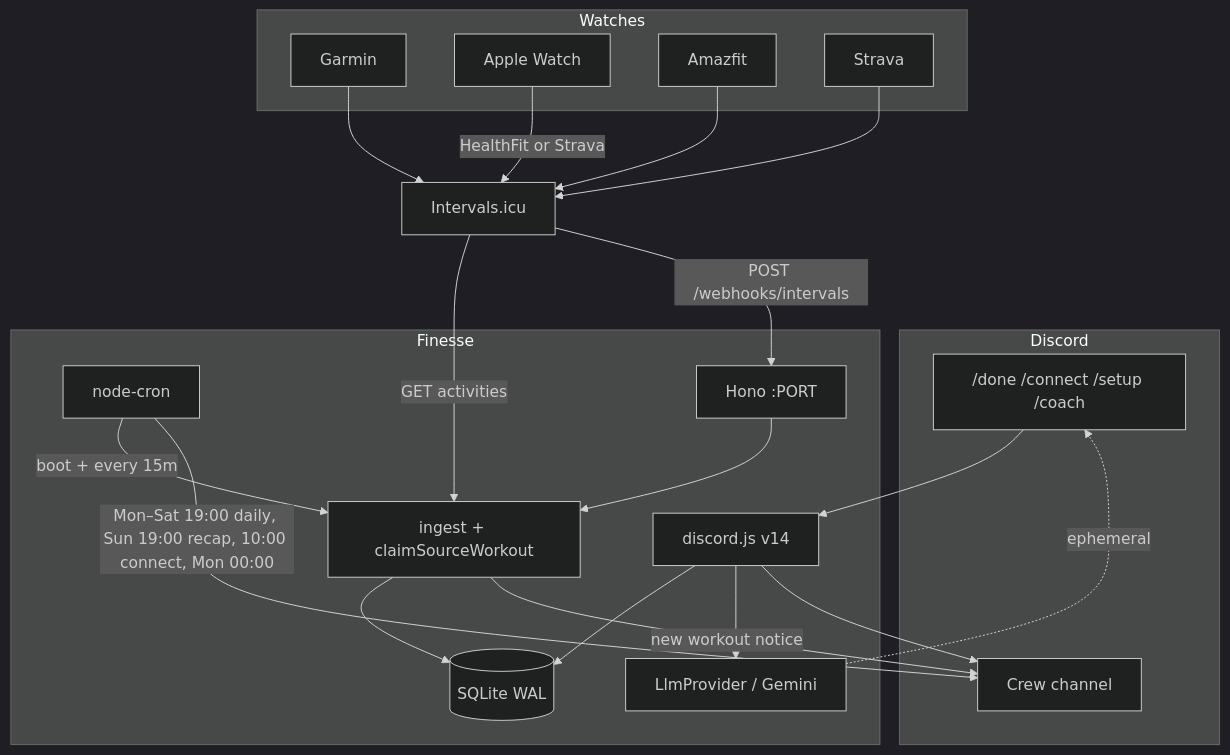
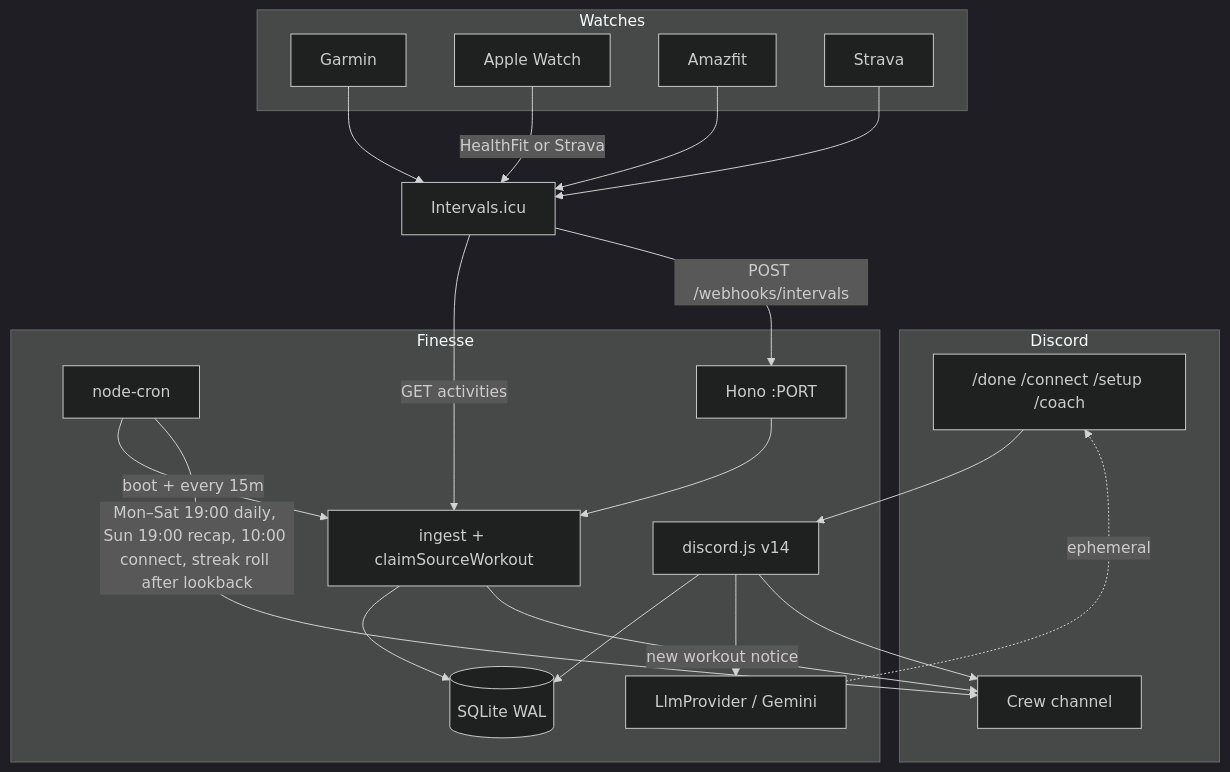
Before and after one commit to renzoventura/finesse: the first of 3 diagrams in docs/architecture.md, drawn with Mermaid (dark theme). The commit also changed 13 other files, not shown here.

````diff
--- a/docs/architecture.md
+++ b/docs/architecture.md
@@ -5,41 +5,41 @@
 ```mermaid
 flowchart TB
   subgraph watches [Watches]
     Garmin
     Apple[Apple Watch]
     Amazfit
     StravaFeed[Strava]
   end
 
   Garmin --> Intervals[Intervals.icu]
   Amazfit --> Intervals
   Apple -->|"HealthFit or Strava"| Intervals
   StravaFeed --> Intervals
 
   subgraph discord [Discord]
     Slash["/done /connect /setup /coach"]
     Channel[Crew channel]
   end
 
   subgraph process [Finesse]
     Gateway[discord.js v14]
     Cron["node-cron"]
     HTTP["Hono :PORT"]
     Ingest[ingest + claimSourceWorkout]
     DB[(SQLite WAL)]
     LLM["LlmProvider / Gemini"]
   end
 
   Slash --> Gateway
   Gateway --> DB
   Gateway --> LLM
   LLM -.->|ephemeral| Slash
   Cron -->|"boot + every 15m"| Ingest
   Intervals -->|"GET activities"| Ingest
   Intervals -->|"POST /webhooks/intervals"| HTTP
   HTTP --> Ingest
   Ingest --> DB
   Ingest -->|"new workout notice"| Channel
   Gateway --> Channel
-  Cron -->|"Mon–Sat 19:00 daily, Sun 19:00 recap, 10:00 connect, Mon 00:00"| Channel
+  Cron -->|"Mon–Sat 19:00 daily, Sun 19:00 recap, 10:00 connect, streak roll after lookback"| Channel
 ```
````
